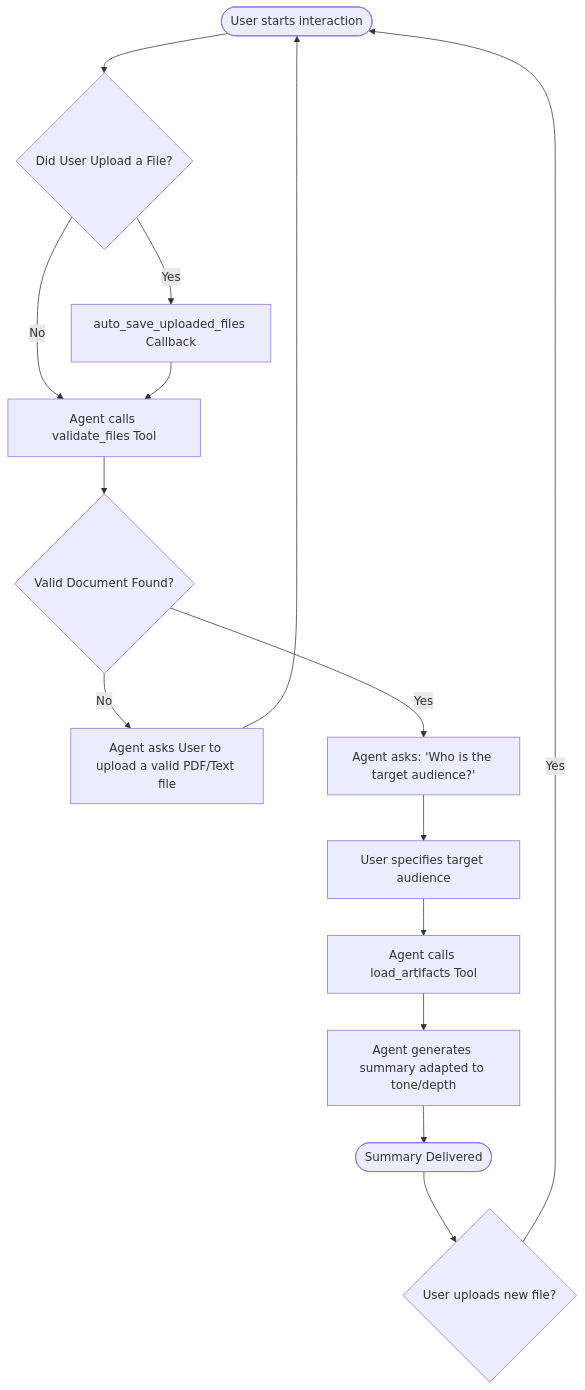
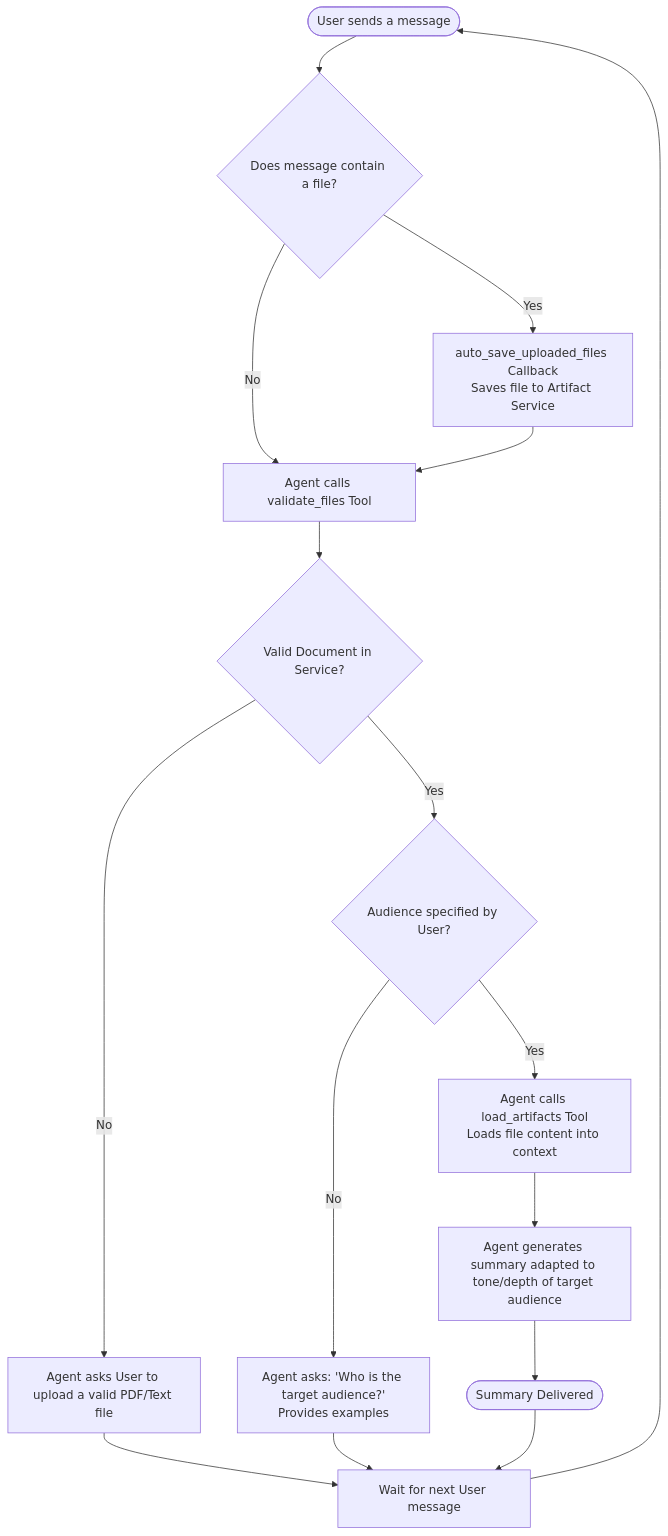
Before and after one commit to ngchloe/TLDR: the diagram in README.md, drawn with Mermaid. The commit also changed other lines of this file, not shown here.

Commit message:
Update README.md
fixed Mermaid logic

````diff
--- a/README.md
+++ b/README.md
@@ -21,25 +21,24 @@
 ```mermaid
 graph TD
-    Start([User starts interaction]) --> Upload{Did User Upload a File?}
+    UserMsg([User sends a message]) --> Upload{Does message contain a file?}
     
-    Upload -- Yes --> AutoSave["auto_save_uploaded_files Callback"]
+    Upload -- Yes --> AutoSave["auto_save_uploaded_files Callback<br/>Saves file to Artifact Service"]
     Upload -- No --> CheckState["Agent calls validate_files Tool"]
     
     AutoSave --> CheckState
     
-    CheckState --> ValidFile{Valid Document Found?}
+    CheckState --> ValidFile{Valid Document in Service?}
     
-    ValidFile -- No --> PromptUpload["Agent asks User to upload a valid PDF/Text file"] --> Start
-    ValidFile -- Yes --> AskAudience["Agent asks: 'Who is the target audience?'"]
+    ValidFile -- No --> PromptUpload["Agent asks User to upload a valid PDF/Text file"] --> Wait["Wait for next User message"]
     
-    AskAudience --> GetAudience["User specifies target audience"]
+    ValidFile -- Yes --> CheckAudience{Audience specified by User?}
     
-    GetAudience --> LoadDoc["Agent calls load_artifacts Tool"]
+    CheckAudience -- No --> AskAudience["Agent asks: 'Who is the target audience?'<br/>Provides examples"] --> Wait
     
-    LoadDoc --> Summarise["Agent generates summary adapted to tone/depth"]
+    CheckAudience -- Yes --> LoadDoc["Agent calls load_artifacts Tool<br/>Loads file content into context"]
     
-    Summarise --> End([Summary Delivered])
+    LoadDoc --> Summarise["Agent generates summary adapted to tone/depth of target audience"] --> End([Summary Delivered])
     
-    End --> NewFile{User uploads new file?}
-    NewFile -- Yes --> Start
+    Wait --> UserMsg
+    End --> Wait
 ```
````
